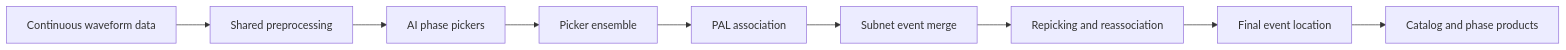
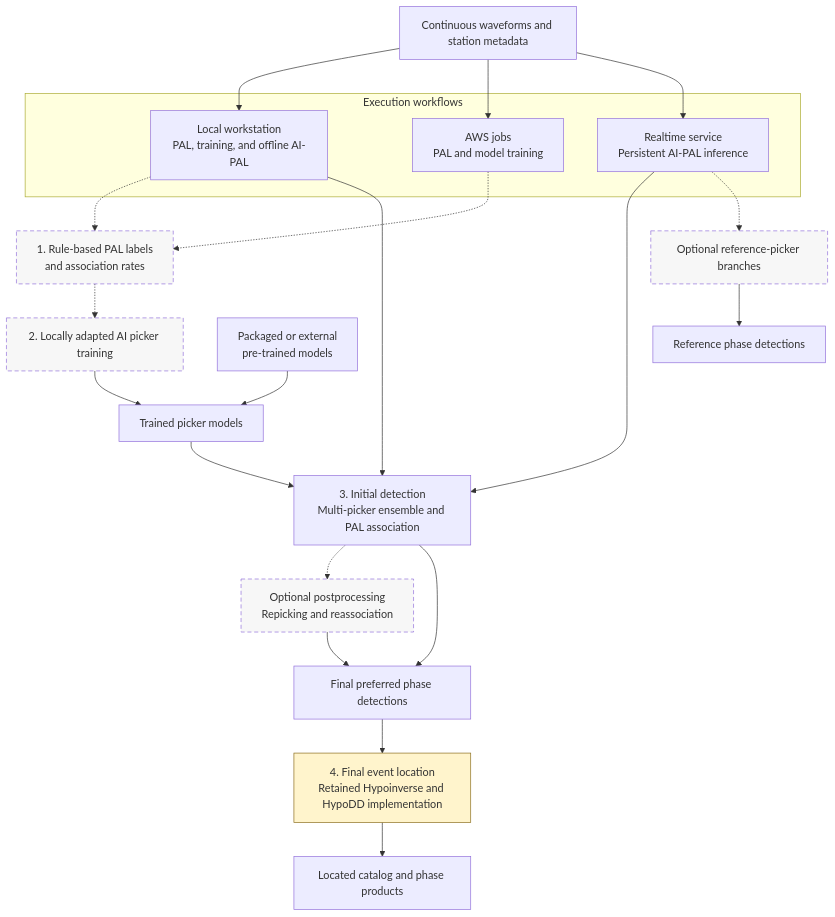
Before and after one commit to YijianZhou/AI-PAL: the diagram in README.md, drawn with Mermaid. The commit also changed other lines of this file, not shown here.

````diff
--- a/README.md
+++ b/README.md
@@ -21,11 +21,38 @@
 ```mermaid
-flowchart LR
-    A[Continuous waveform data] --> B[Shared preprocessing]
-    B --> C[AI phase pickers]
-    C --> D[Picker ensemble]
-    D --> E[PAL association]
-    E --> F[Subnet event merge]
-    F --> G[Repicking and reassociation]
-    G --> H[Final event location]
-    H --> I[Catalog and phase products]
+flowchart TB
+    A[Continuous waveforms and station metadata]
+
+    subgraph W[Execution workflows]
+        L[Local workstation<br/>PAL, training, and offline AI-PAL]
+        C[AWS jobs<br/>PAL and model training]
+        R[Realtime service<br/>Persistent AI-PAL inference]
+    end
+
+    A --> L
+    A --> C
+    A --> R
+
+    L -.-> P[1. Rule-based PAL labels<br/>and association rates]
+    C -.-> P
+    P -.-> T[2. Locally adapted AI picker training]
+    T --> D[Trained picker models]
+    Q[Packaged or external<br/>pre-trained models] --> D
+
+    L --> I[3. Initial detection<br/>Multi-picker ensemble and PAL association]
+    R --> I
+    D --> I
+
+    R -.-> X[Optional reference-picker branches]
+    I -.-> O[Optional postprocessing<br/>Repicking and reassociation]
+    I --> F[Final preferred phase detections]
+    O --> F
+    X --> Y[Reference phase detections]
+
+    F --> H[4. Final event location<br/>Retained Hypoinverse and HypoDD implementation]
+    H --> Z[Located catalog and phase products]
+
+    classDef optional stroke-dasharray: 6 4,fill:#f7f7f7;
+    classDef retained fill:#fff4cc,stroke:#8a6d1d;
+    class P,T,X,O optional;
+    class H retained;
 ```
````
